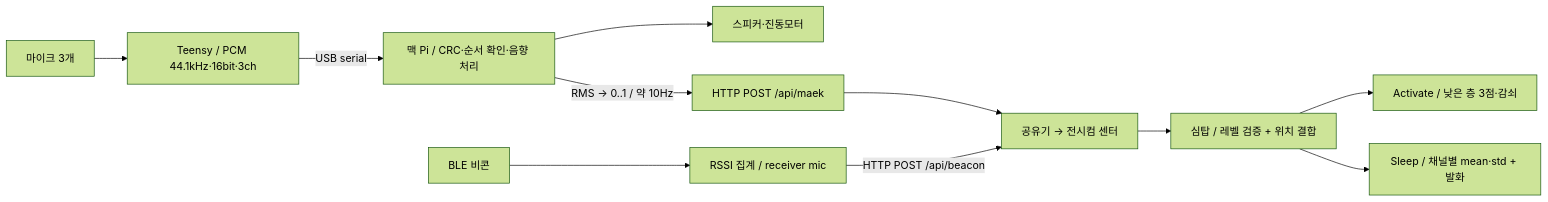
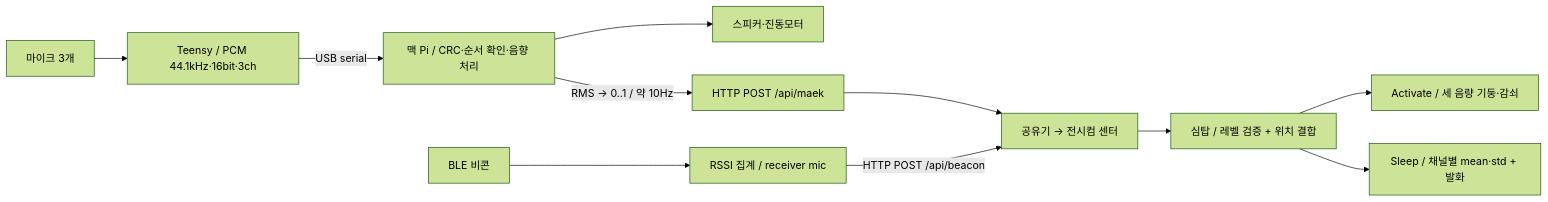
One commit to skynot0625/2026_Ripples changed the diagram in sensors/maek-pi/README.md. Above: the diagram before and after it, drawn with Mermaid (forest theme). The commit also changed other lines of this file and 28 other files, not shown here.

````diff
--- a/sensors/maek-pi/README.md
+++ b/sensors/maek-pi/README.md
@@ -5,13 +5,13 @@
 ```mermaid
 flowchart LR
   M["마이크 3개"] --> T["Teensy / PCM 44.1kHz·16bit·3ch"]
   T -->|"USB serial"| P["맥 Pi / CRC·순서 확인·음향 처리"]
   P --> O["스피커·진동모터"]
   P -->|"RMS → 0..1 / 약 10Hz"| H["HTTP POST /api/maek"]
   B["BLE 비콘"] --> R["RSSI 집계 / receiver mic"]
   R -->|"HTTP POST /api/beacon"| C["공유기 → 전시컴 센터"]
   H --> C
   C --> S["심탑 / 레벨 검증 + 위치 결합"]
-  S --> A["Activate / 낮은 층 3점·감쇠"]
+  S --> A["Activate / 세 음량 기둥·감쇠"]
   S --> D["Sleep / 채널별 mean·std + 발화"]
 ```
````
